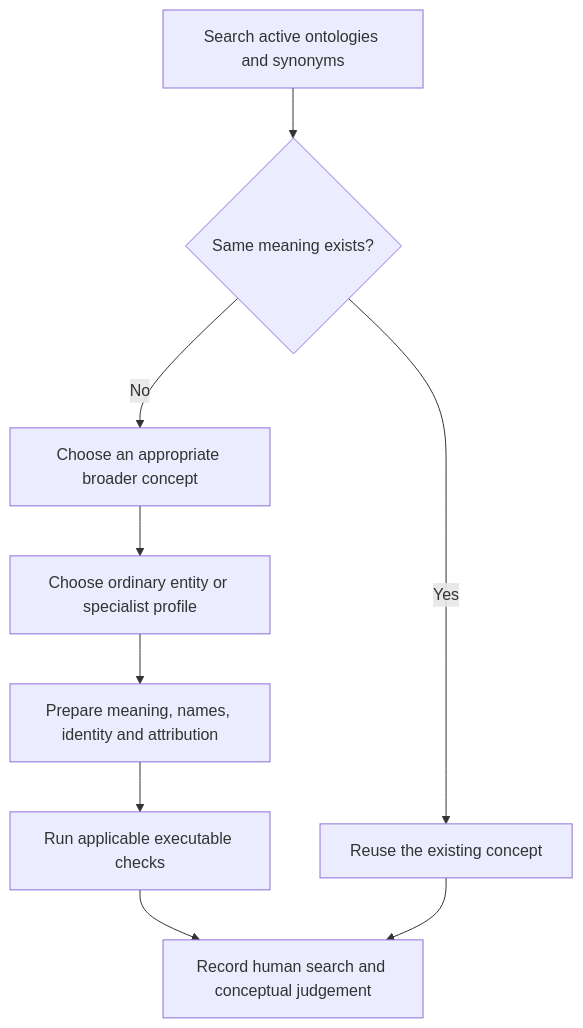
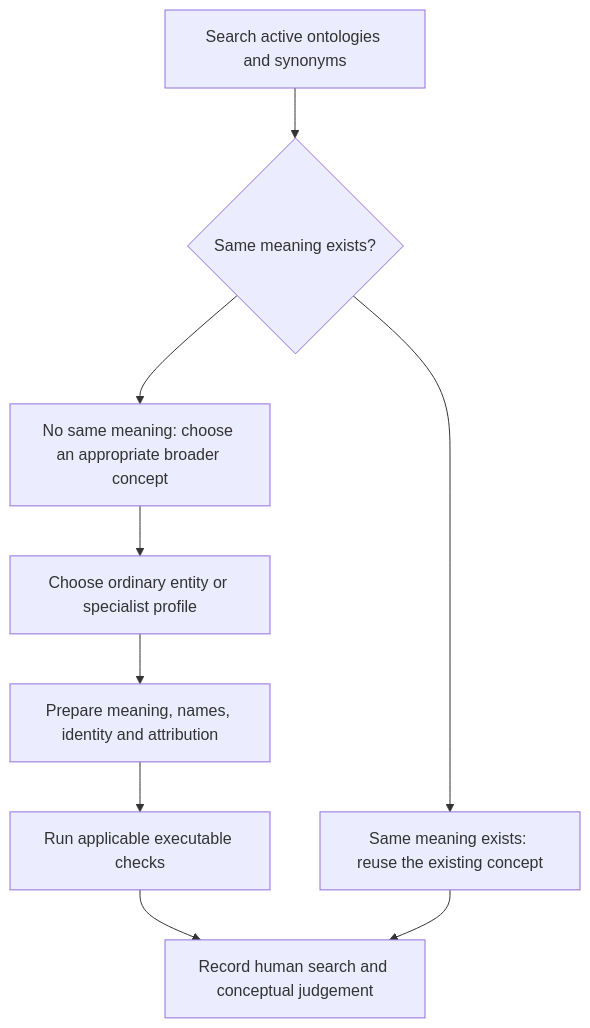
Before and after one commit to Hadden-Industries/universal-ontology: the diagram in docs/editing-policy/diagrams/policy-journey.mmd, drawn with Mermaid. The commit also changed 22 other files, not shown here.

```diff
--- a/docs/editing-policy/diagrams/policy-journey.mmd
+++ b/docs/editing-policy/diagrams/policy-journey.mmd
@@ -1,9 +1,9 @@
 flowchart TD
     search["Search active ontologies and synonyms"] --> exists{"Same meaning exists?"}
-    exists -->|Yes| reuse["Reuse the existing concept"]
-    exists -->|No| broader["Choose an appropriate broader concept"]
+    exists --> reuse["Same meaning exists: reuse the existing concept"]
+    exists --> broader["No same meaning: choose an appropriate broader concept"]
     broader --> kind["Choose ordinary entity or specialist profile"]
     kind --> edit["Prepare meaning, names, identity and attribution"]
     edit --> check["Run applicable executable checks"]
     check --> review["Record human search and conceptual judgement"]
     reuse --> review
```
